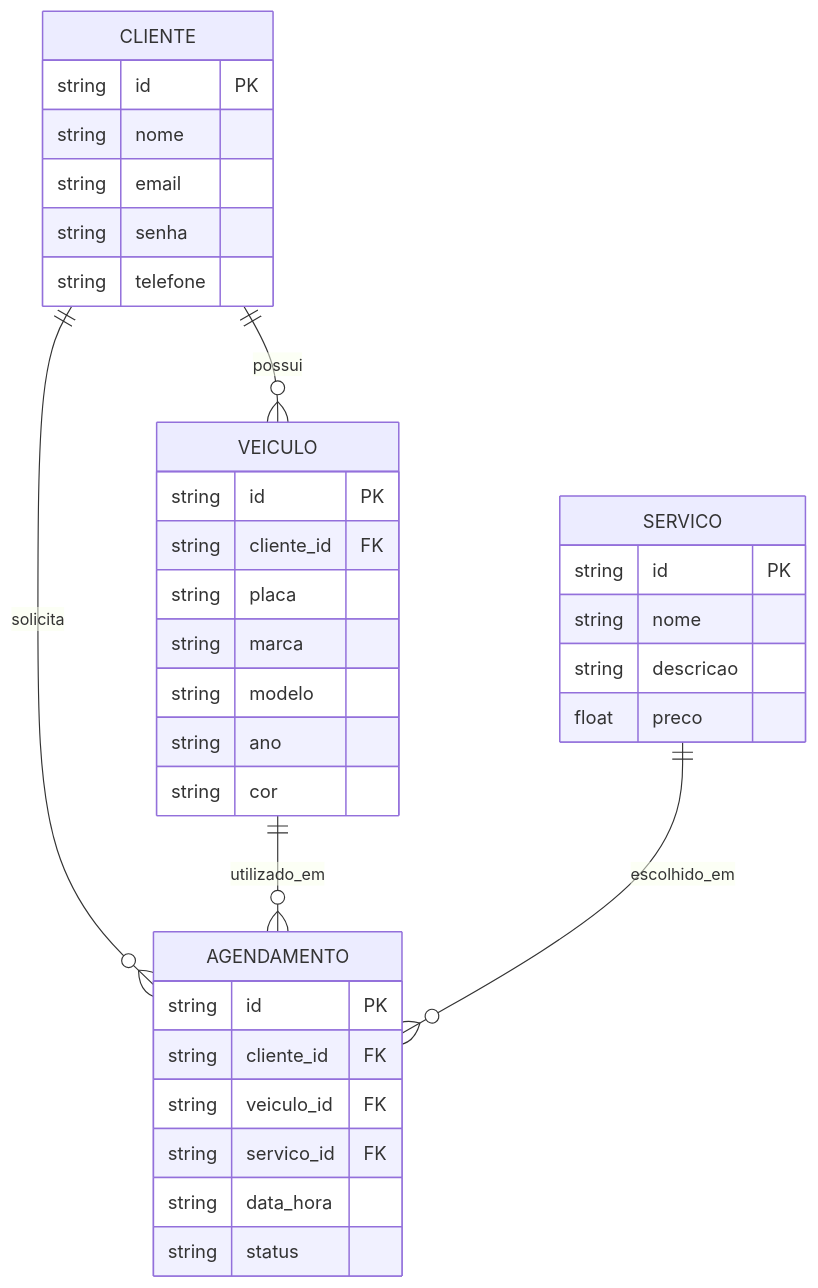
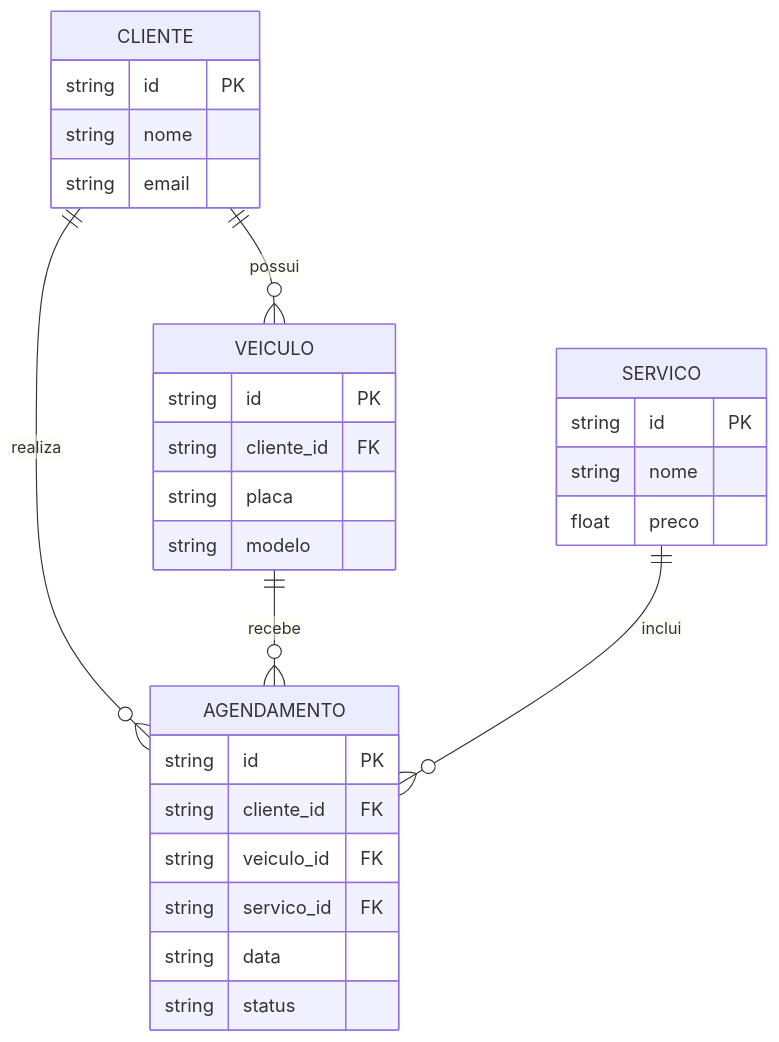
Before and after one commit to jose-augusto-wennek/sistema-para-est-tica-automotiva: the diagram in docs/architecture.md, drawn with Mermaid. The commit also changed other lines of this file, not shown here.

````diff
--- a/docs/architecture.md
+++ b/docs/architecture.md
@@ -9,41 +9,35 @@
 ```mermaid
 erDiagram
     CLIENTE ||--o{ VEICULO : possui
-    CLIENTE ||--o{ AGENDAMENTO : solicita
-    VEICULO ||--o{ AGENDAMENTO : utilizado_em
-    SERVICO ||--o{ AGENDAMENTO : escolhido_em
+    CLIENTE ||--o{ AGENDAMENTO : realiza
+    VEICULO ||--o{ AGENDAMENTO : recebe
+    SERVICO ||--o{ AGENDAMENTO : inclui
 
     CLIENTE {
         string id PK
         string nome
         string email
-        string senha
-        string telefone
     }
 
     VEICULO {
         string id PK
         string cliente_id FK
         string placa
-        string marca
         string modelo
-        string ano
-        string cor
     }
 
     SERVICO {
         string id PK
         string nome
-        string descricao
         float preco
     }
 
     AGENDAMENTO {
         string id PK
         string cliente_id FK
         string veiculo_id FK
         string servico_id FK
-        string data_hora
+        string data
         string status
     }
 ```
````
